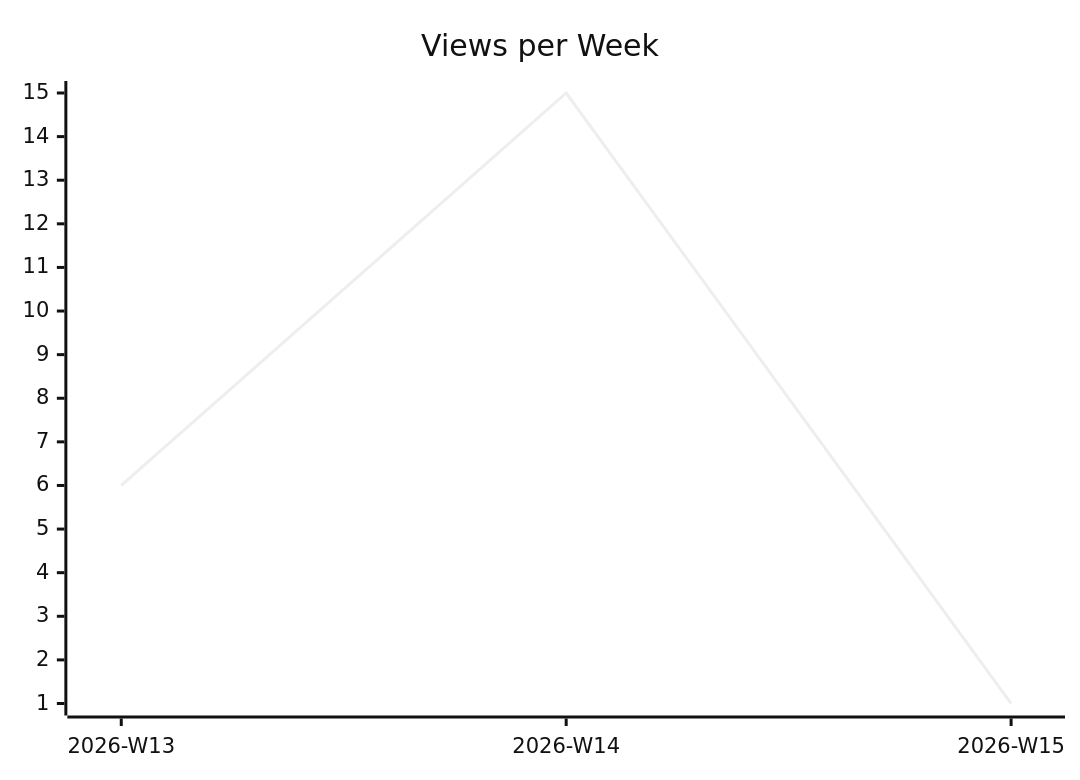
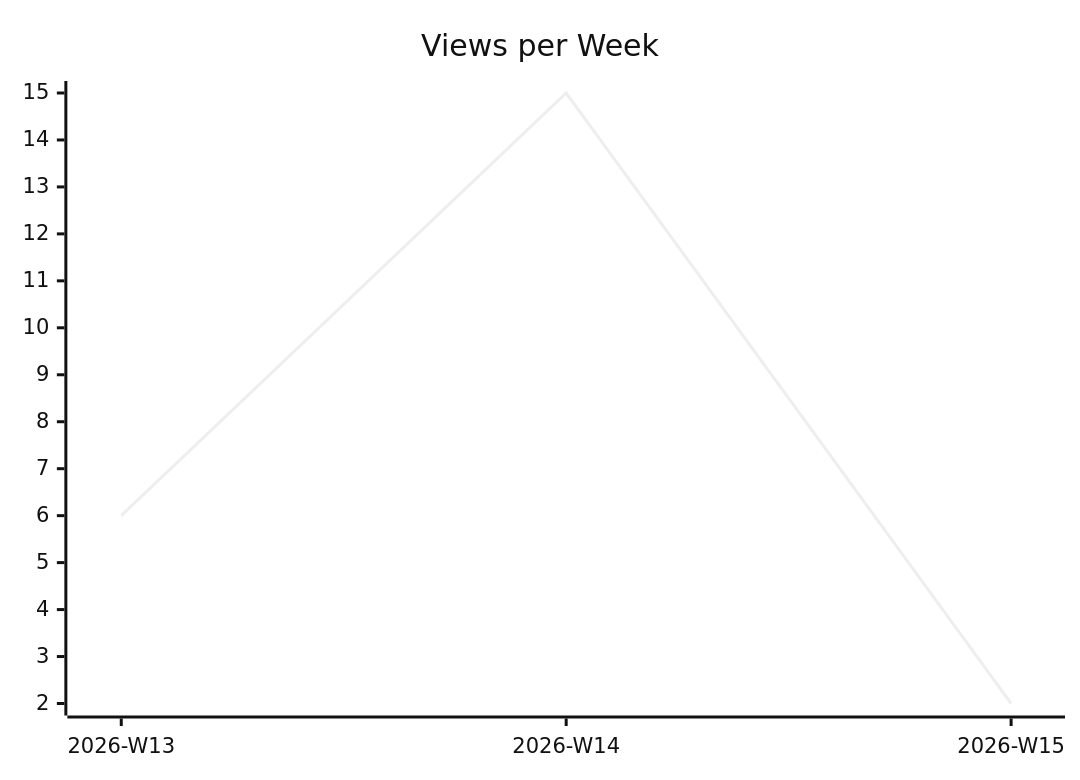
The second of 3 diagrams in karlmdavis/ksoap2-android/README.md (justdavis-family/github-analytics-data), drawn with Mermaid (neutral theme) before and after one commit. The commit also changed other lines of this file and 183 other files, not shown here.

````diff
--- a/karlmdavis/ksoap2-android/README.md
+++ b/karlmdavis/ksoap2-android/README.md
@@ -12,6 +12,6 @@
 ```mermaid
 xychart-beta
   title "Views per Week"
   x-axis ["2026-W13", "2026-W14", "2026-W15"]
-  line [6, 15, 1]
+  line [6, 15, 2]
 ```
````
